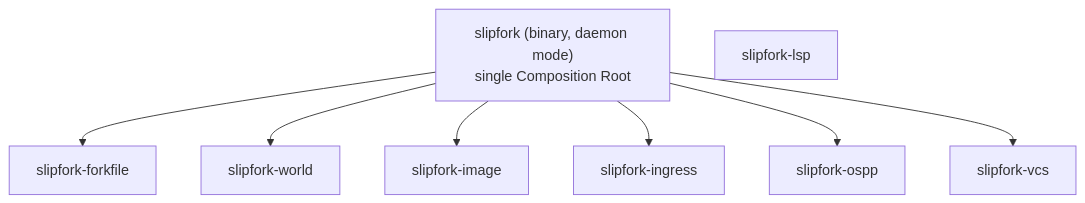
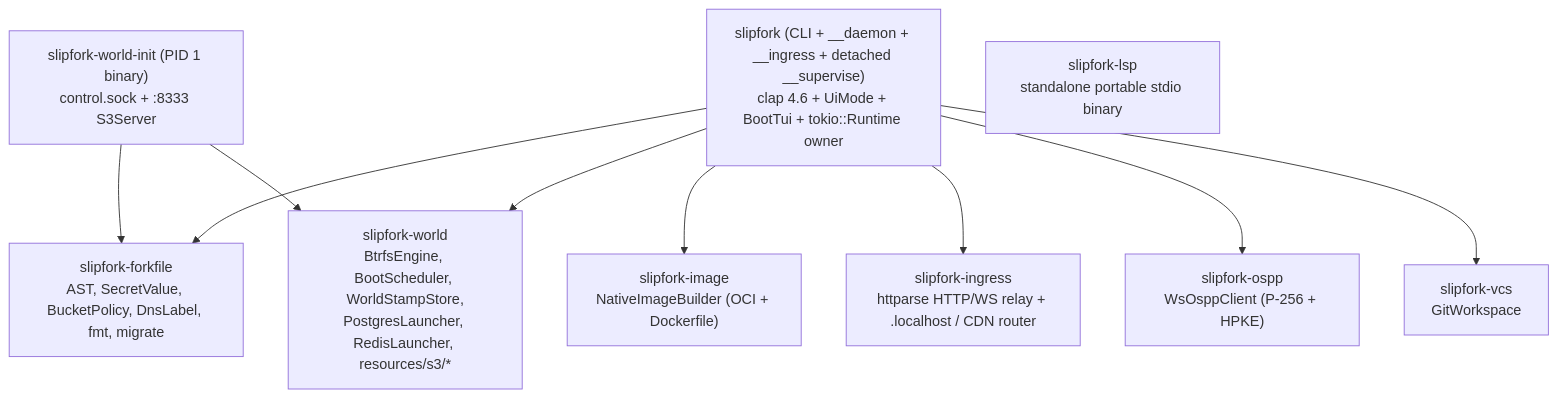
Before and after one commit to OffworldNexus/slipfork: the first of 3 diagrams in ARCHITECTURE.md, drawn with Mermaid. The commit also changed other lines of this file and 13 other files, not shown here.

Commit message:
[M3.43] Lock clap+frozen-pane TUI, s3 policy/native S3, reactive sub-second fork specs

````diff
--- a/ARCHITECTURE.md
+++ b/ARCHITECTURE.md
@@ -7,18 +12,15 @@
 ```mermaid
 flowchart TD
-  Root["slipfork (binary, daemon mode)<br/>single Composition Root"]
-  FF["slipfork-forkfile"]
-  World["slipfork-world"]
-  Image["slipfork-image"]
-  Ingress["slipfork-ingress"]
-  Ospp["slipfork-ospp"]
-  Vcs["slipfork-vcs"]
-  Lsp["slipfork-lsp"]
+  Root["slipfork (CLI + __daemon + __ingress + detached __supervise)<br/>clap 4.6 + UiMode + BootTui + tokio::Runtime owner"]
+  Init["slipfork-world-init (PID 1 binary)<br/>control.sock + :8333 S3Server"]
+  FF["slipfork-forkfile<br/>AST, SecretValue, BucketPolicy, DnsLabel, fmt, migrate"]
+  World["slipfork-world<br/>BtrfsEngine, BootScheduler, WorldStampStore,<br/>PostgresLauncher, RedisLauncher, resources/s3/*"]
+  Image["slipfork-image<br/>NativeImageBuilder (OCI + Dockerfile)"]
+  Ingress["slipfork-ingress<br/>httparse HTTP/WS relay + .localhost / CDN router"]
+  Ospp["slipfork-ospp<br/>WsOsppClient (P-256 + HPKE)"]
+  Vcs["slipfork-vcs<br/>GitWorkspace"]
+  Lsp["slipfork-lsp<br/>standalone portable stdio binary"]
 
-  Root --> FF
-  Root --> World
-  Root --> Image
-  Root --> Ingress
-  Root --> Ospp
-  Root --> Vcs
+  Root --> FF & World & Image & Ingress & Ospp & Vcs
+  Init --> World & FF
 ```
````
